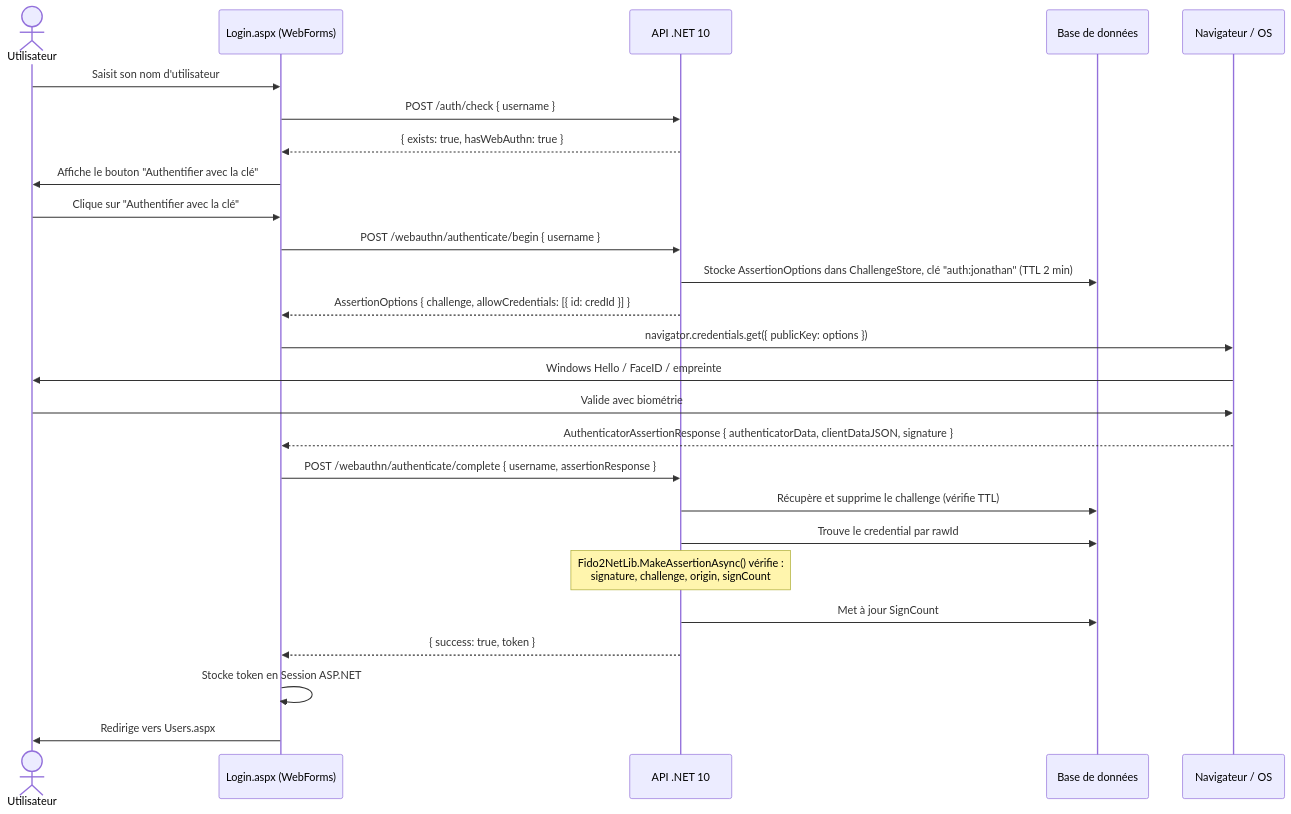
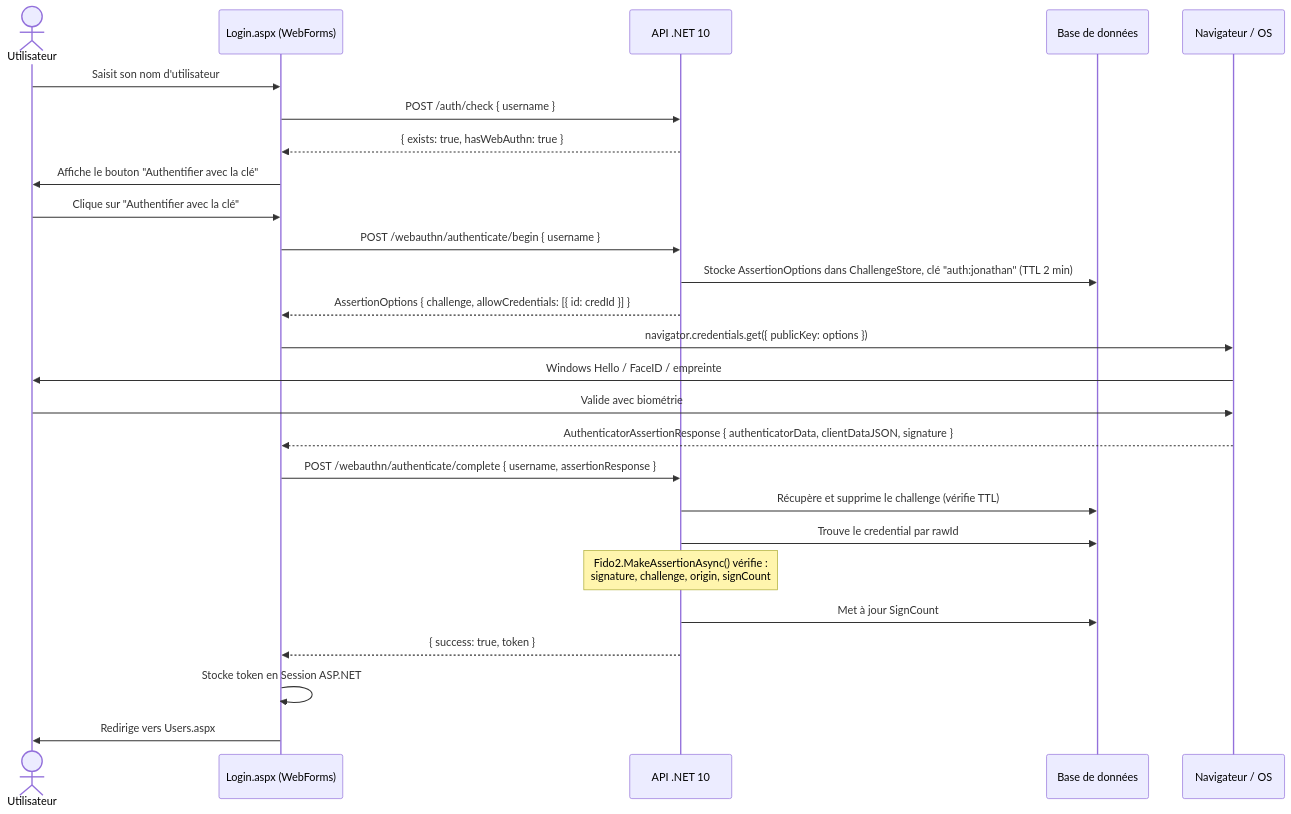
The third of 6 diagrams in Documentation/documentation.md (FantasticJoho/authentest), drawn with Mermaid before and after one commit. The commit also changed other lines of this file, not shown here.

Commit message:
fix: update references from Fido2NetLib to Fido2 in documentation

````diff
--- a/Documentation/documentation.md
+++ b/Documentation/documentation.md
@@ -115,32 +115,32 @@
 ```mermaid
 sequenceDiagram
     actor U as Utilisateur
     participant W as Login.aspx (WebForms)
     participant A as API .NET 10
     participant DB as Base de données
     participant OS as Navigateur / OS
 
     U->>W: Saisit son nom d'utilisateur
     W->>A: POST /auth/check { username }
     A-->>W: { exists: true, hasWebAuthn: true }
     W->>U: Affiche le bouton "Authentifier avec la clé"
 
     U->>W: Clique sur "Authentifier avec la clé"
     W->>A: POST /webauthn/authenticate/begin { username }
     A->>DB: Stocke AssertionOptions dans ChallengeStore, clé "auth:jonathan" (TTL 2 min)
     A-->>W: AssertionOptions { challenge, allowCredentials: [{ id: credId }] }
 
     W->>OS: navigator.credentials.get({ publicKey: options })
     OS->>U: Windows Hello / FaceID / empreinte
     U->>OS: Valide avec biométrie
     OS-->>W: AuthenticatorAssertionResponse { authenticatorData, clientDataJSON, signature }
 
     W->>A: POST /webauthn/authenticate/complete { username, assertionResponse }
     A->>DB: Récupère et supprime le challenge (vérifie TTL)
     A->>DB: Trouve le credential par rawId
-    Note over A: Fido2NetLib.MakeAssertionAsync() vérifie :<br/>signature, challenge, origin, signCount
+    Note over A: Fido2.MakeAssertionAsync() vérifie :<br/>signature, challenge, origin, signCount
     A->>DB: Met à jour SignCount
     A-->>W: { success: true, token }
     W->>W: Stocke token en Session ASP.NET
     W->>U: Redirige vers Users.aspx
 ```
````
